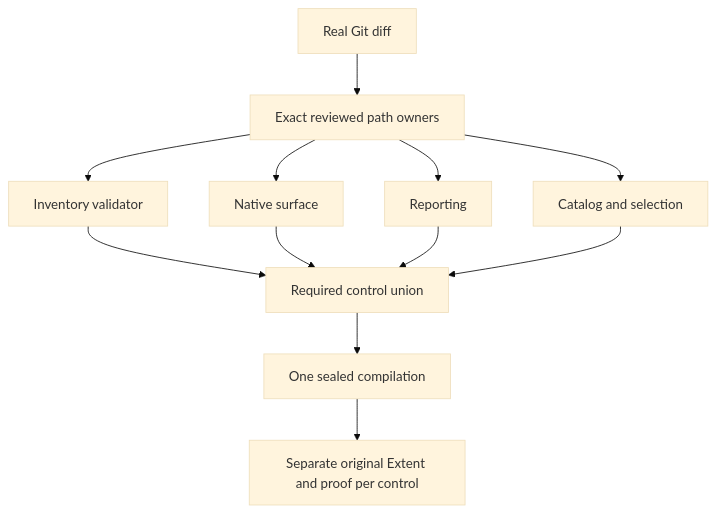
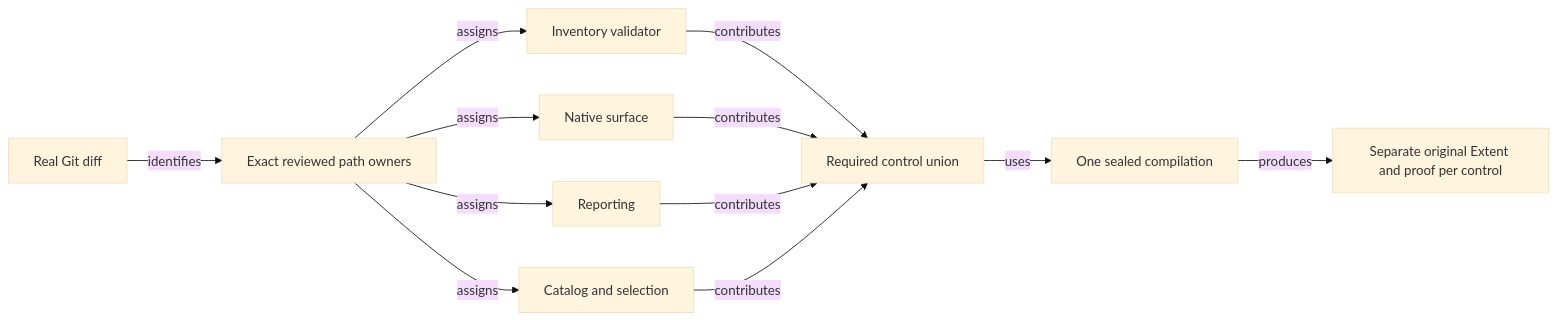
One commit to crististefanita/whist changed the third of 3 diagrams in docs/governance/ATF_TestChanges.md. Above: the diagram before and after it, drawn with Mermaid (base theme).

Commit message:
Align domain-flow diagrams with the documentation contract

````diff
--- a/docs/governance/ATF_TestChanges.md
+++ b/docs/governance/ATF_TestChanges.md
@@ -169,14 +169,14 @@
 ```mermaid
-flowchart TD
-    DIFF["Real Git diff"] --> OWNER["Exact reviewed path owners"]
-    OWNER --> VALIDATOR["Inventory validator"]
-    OWNER --> UI["Native surface"]
-    OWNER --> REPORT["Reporting"]
-    OWNER --> CATALOG["Catalog and selection"]
-    VALIDATOR --> UNION["Required control union"]
-    UI --> UNION
-    REPORT --> UNION
-    CATALOG --> UNION
-    UNION --> COMPILE["One sealed compilation"]
-    COMPILE --> PROOFS["Separate original Extent and proof per control"]
+flowchart LR
+    DIFF["Real Git diff"] -->|identifies| OWNER["Exact reviewed path owners"]
+    OWNER -->|assigns| VALIDATOR["Inventory validator"]
+    OWNER -->|assigns| UI["Native surface"]
+    OWNER -->|assigns| REPORT["Reporting"]
+    OWNER -->|assigns| CATALOG["Catalog and selection"]
+    VALIDATOR -->|contributes| UNION["Required control union"]
+    UI -->|contributes| UNION
+    REPORT -->|contributes| UNION
+    CATALOG -->|contributes| UNION
+    UNION -->|uses| COMPILE["One sealed compilation"]
+    COMPILE -->|produces| PROOFS["Separate original Extent and proof per control"]
 ```
````
